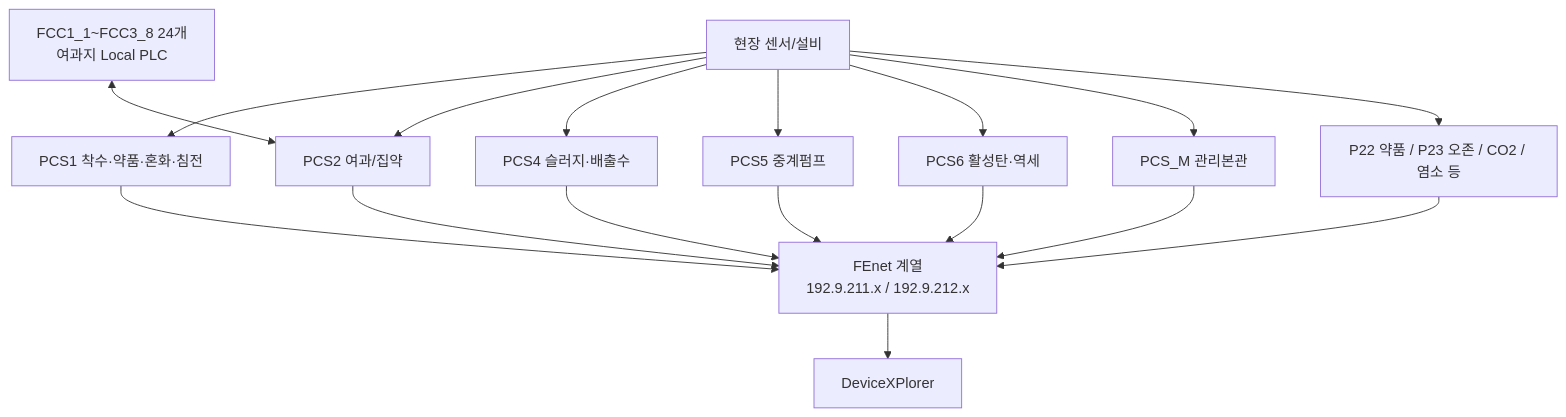
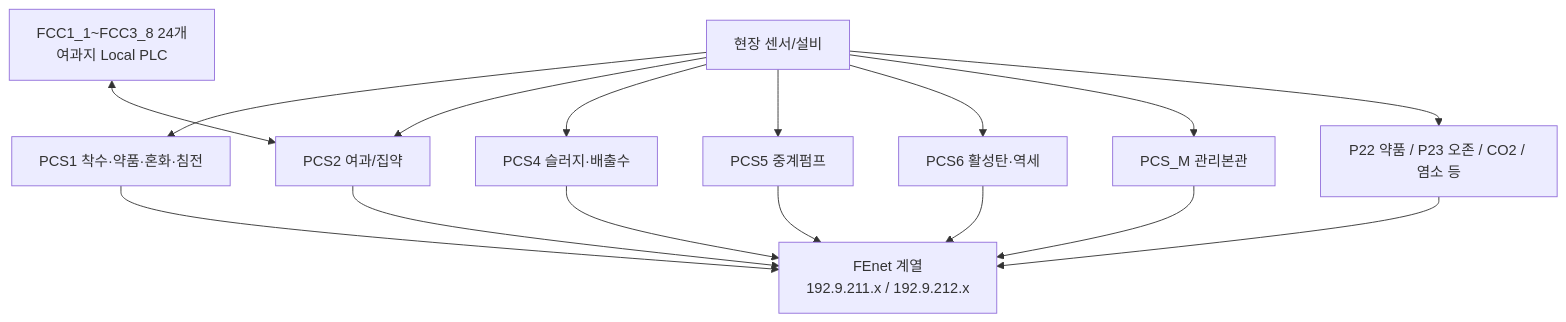
The second of 2 diagrams in 20-Water-AI/광암/20-현장-시스템/01-광암-데이터흐름-및-통신구조.md (hori5000/Rulmera-OPA), drawn with Mermaid before and after one commit. The commit also changed other lines of this file and 169 other files, not shown here.

````diff
--- a/20-Water-AI/광암/20-현장-시스템/01-광암-데이터흐름-및-통신구조.md
+++ b/20-Water-AI/광암/20-현장-시스템/01-광암-데이터흐름-및-통신구조.md
@@ -63,15 +106,12 @@
 ```mermaid
 flowchart TB
   F["현장 센서/설비"] --> P1["PCS1 착수·약품·혼화·침전"]
   F --> P2["PCS2 여과/집약"]
   F --> P4["PCS4 슬러지·배출수"]
   F --> P5["PCS5 중계펌프"]
   F --> P6["PCS6 활성탄·역세"]
   F --> PM["PCS_M 관리본관"]
   F --> AUX["P22 약품 / P23 오존 / CO2 / 염소 등"]
-  FCC["FCC1_1~FCC3_8 24개
-여과지 Local PLC"] <--> P2
-  P1 & P2 & P4 & P5 & P6 & PM & AUX --> NET["FEnet 계열
-192.9.211.x / 192.9.212.x"]
-  NET --> DXP["DeviceXPlorer"]
+  FCC["FCC1_1~FCC3_8 24개<br/>여과지 Local PLC"] <--> P2
+  P1 & P2 & P4 & P5 & P6 & PM & AUX --> NET["FEnet 계열<br/>192.9.211.x / 192.9.212.x"]
 ```
````
